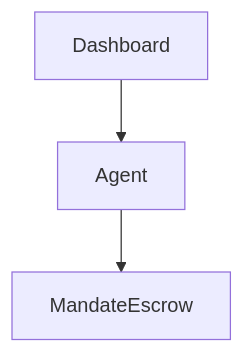
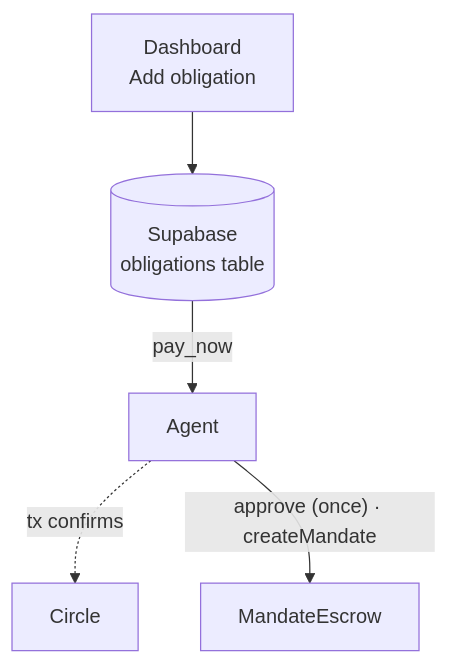
Before and after one commit to angelraph/arcurrent: the diagram in docs/diagram-test.md, drawn with Mermaid. The commit also changed other lines of this file, not shown here.

Commit message:
test: mermaid render check 2

````diff
--- a/docs/diagram-test.md
+++ b/docs/diagram-test.md
@@ -3,5 +3,7 @@
 ```mermaid
 flowchart TD
-    A["Dashboard"] --> B["Agent"]
-    B --> C["MandateEscrow"]
+    A["Dashboard<br/>Add obligation"] --> DB[("Supabase<br/>obligations table")]
+    DB -->|pay_now| B["Agent"]
+    B -.->|tx confirms| C["Circle"]
+    B -->|"approve (once) · createMandate"| D["MandateEscrow"]
 ```
````
